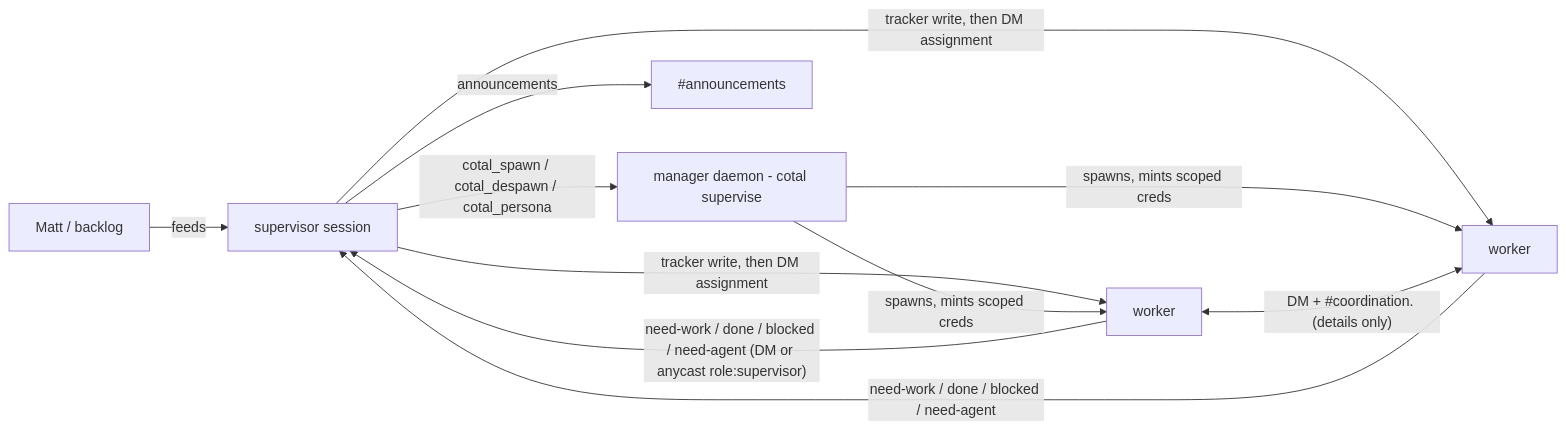
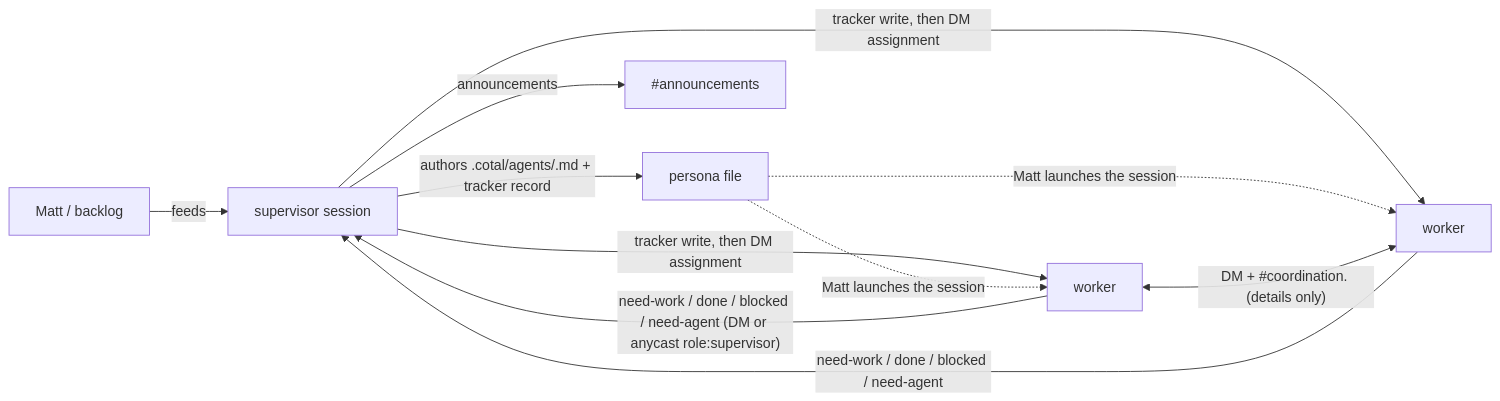
Before and after one commit to mattwilkinsonn/zireael: the diagram in docs/designs/agents/coordination-structure.md, drawn with Mermaid. The commit also changed other lines of this file, not shown here.

First line of the commit message:
docs(agents): correct spawn model to manual + tracker.html + self-contained personas

````diff
--- a/docs/designs/agents/coordination-structure.md
+++ b/docs/designs/agents/coordination-structure.md
@@ -125,13 +130,13 @@
 ```mermaid
 flowchart LR
     M[Matt / backlog] -->|feeds| S
     S[supervisor session] -->|tracker write, then DM assignment| W1[worker]
     S -->|tracker write, then DM assignment| W2[worker]
     W1 -->|"need-work / done / blocked / need-agent (DM or anycast role:supervisor)"| S
     W2 -->|"need-work / done / blocked / need-agent"| S
-    S -->|cotal_spawn / cotal_despawn / cotal_persona| MGR[manager daemon - cotal supervise]
-    MGR -->|spawns, mints scoped creds| W1
-    MGR -->|spawns, mints scoped creds| W2
+    S -->|"authors .cotal/agents/<name>.md + tracker record"| AF[persona file]
+    AF -.->|Matt launches the session| W1
+    AF -.->|Matt launches the session| W2
     W1 <-->|"DM + #coordination.<issue> (details only)"| W2
     S -->|announcements| G[#announcements]
 ```
````
